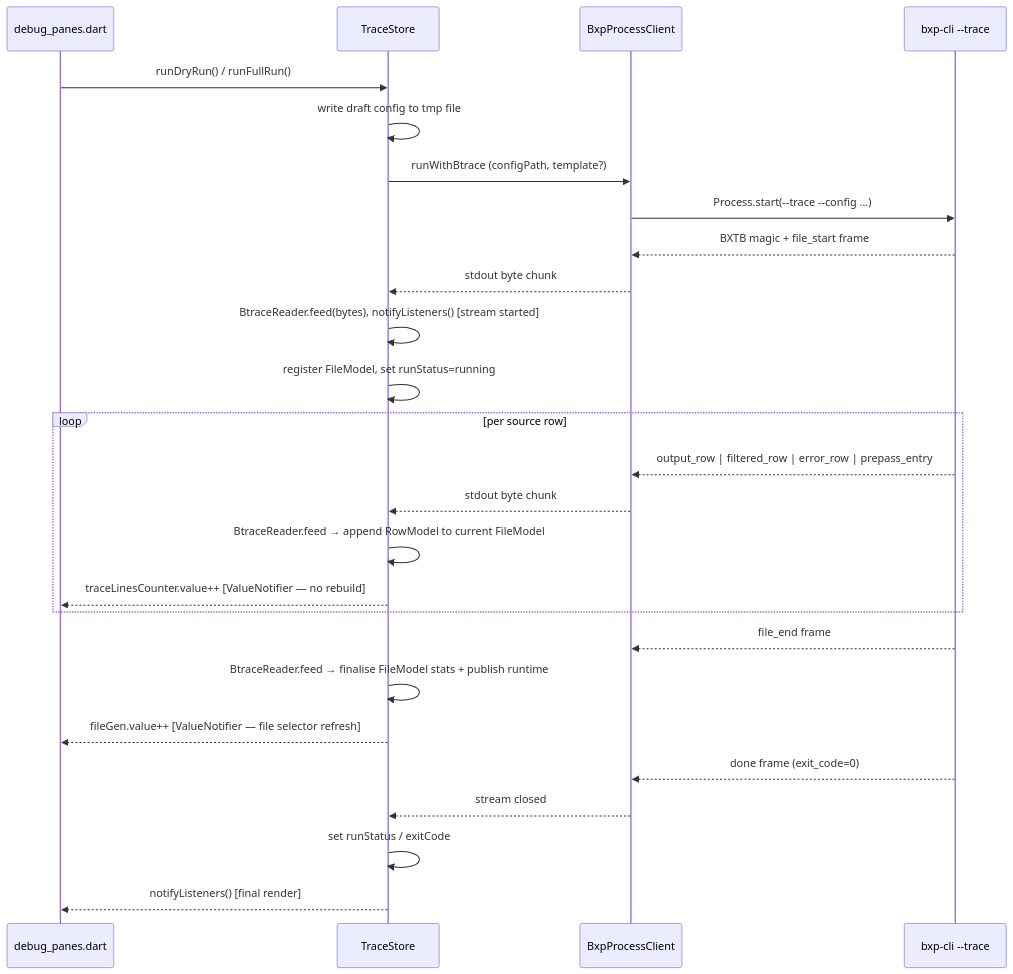
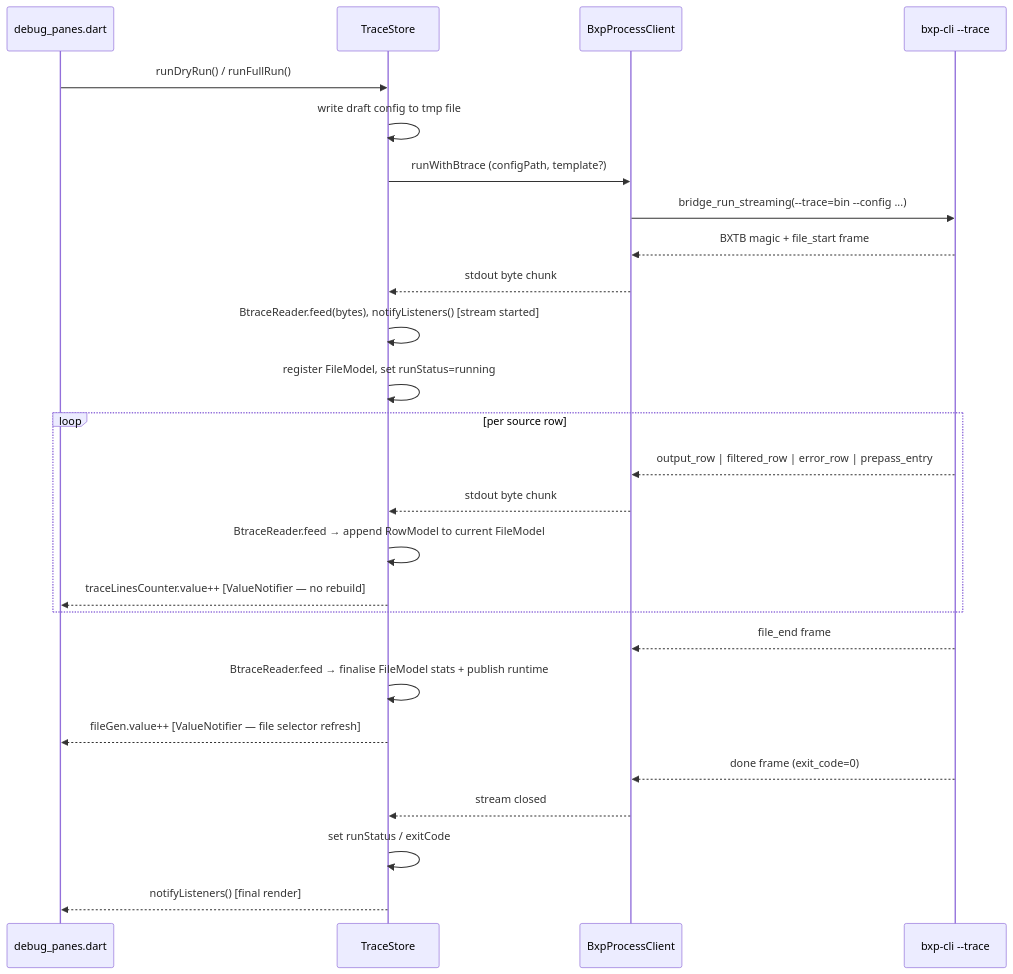
One commit to zaxified/bxp changed the eighth of 17 diagrams in docs/architecture.md. Above: the diagram before and after it, drawn with Mermaid. The commit also changed other lines of this file and 7 other files, not shown here.

````diff
--- a/docs/architecture.md
+++ b/docs/architecture.md
@@ -654,29 +662,29 @@
 ```mermaid
 sequenceDiagram
     participant UI as debug_panes.dart
     participant TS as TraceStore
     participant BPC as BxpProcessClient
     participant CLI as bxp-cli --trace
 
     UI->>TS: runDryRun() / runFullRun()
     TS->>TS: write draft config to tmp file
     TS->>BPC: runWithBtrace (configPath, template?)
-    BPC->>CLI: Process.start(--trace --config ...)
+    BPC->>CLI: bridge_run_streaming(--trace=bin --config ...)
     CLI-->>BPC: BXTB magic + file_start frame
     BPC-->>TS: stdout byte chunk
     TS->>TS: BtraceReader.feed(bytes), notifyListeners() [stream started]
     TS->>TS: register FileModel, set runStatus=running
     loop per source row
         CLI-->>BPC: output_row | filtered_row | error_row | prepass_entry
         BPC-->>TS: stdout byte chunk
         TS->>TS: BtraceReader.feed → append RowModel to current FileModel
         TS-->>UI: traceLinesCounter.value++ [ValueNotifier — no rebuild]
     end
     CLI-->>BPC: file_end frame
     TS->>TS: BtraceReader.feed → finalise FileModel stats + publish runtime
     TS-->>UI: fileGen.value++ [ValueNotifier — file selector refresh]
     CLI-->>BPC: done frame (exit_code=0)
     BPC-->>TS: stream closed
     TS->>TS: set runStatus / exitCode
     TS-->>UI: notifyListeners() [final render]
 ```
````
